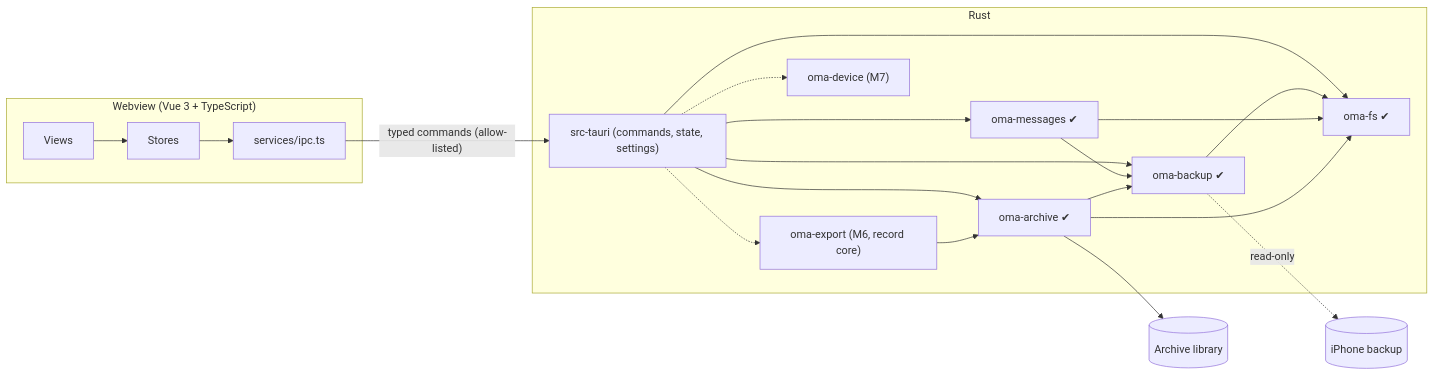
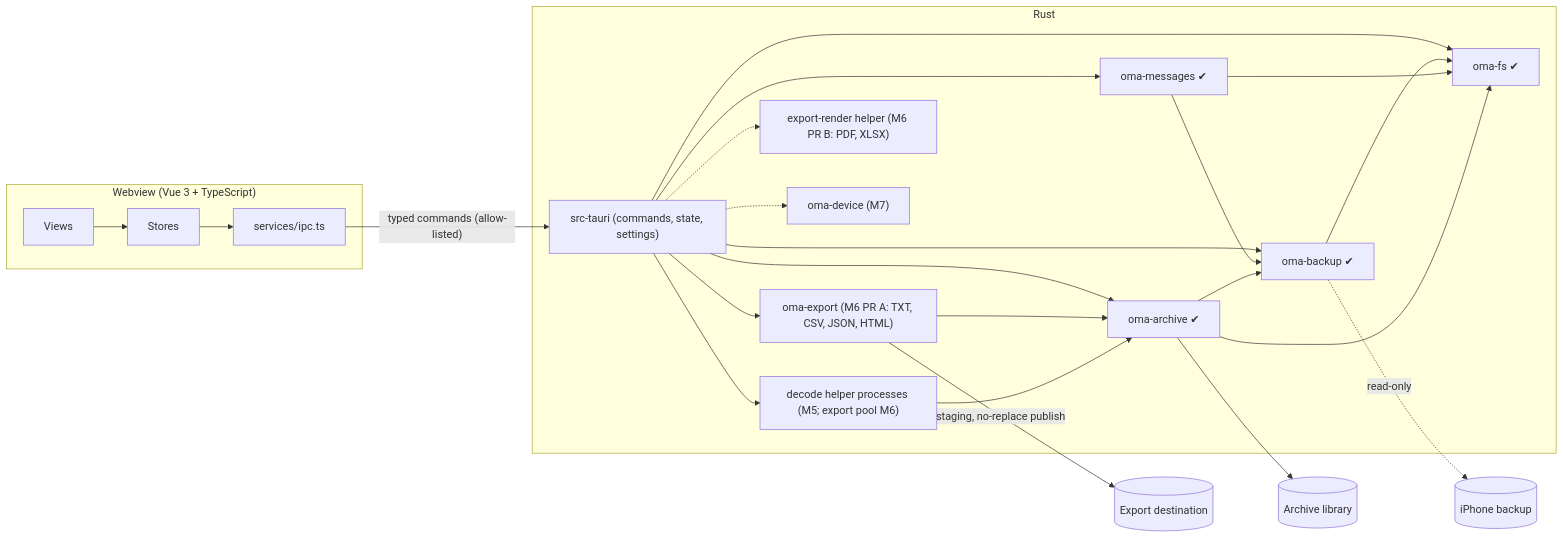
One commit to VibeForge-Systems/From_the_Forge changed the diagram in Apps/openmessage-archive/docs/architecture.md. Above: the diagram before and after it, drawn with Mermaid. The commit also changed other lines of this file and 37 other files, not shown here.

First line of the commit message:
feat(openmessage-archive): export destinations, preview helper pool and docs

````diff
--- a/Apps/openmessage-archive/docs/architecture.md
+++ b/Apps/openmessage-archive/docs/architecture.md
@@ -50,24 +50,28 @@
 ```mermaid
 flowchart LR
   subgraph Webview["Webview (Vue 3 + TypeScript)"]
     Views --> Stores --> IPC["services/ipc.ts"]
   end
   IPC -- "typed commands (allow-listed)" --> Shell
   subgraph Rust
     Shell["src-tauri (commands, state, settings)"]
     Shell --> FS["oma-fs ✔"]
     Shell --> Backup["oma-backup ✔"]
     Shell --> Messages["oma-messages ✔"]
     Shell --> Archive["oma-archive ✔"]
-    Shell -.-> Export["oma-export (M6, record core)"]
+    Shell --> Export["oma-export (M6 PR A: TXT, CSV, JSON, HTML)"]
+    Shell --> Decode["decode helper processes (M5; export pool M6)"]
+    Shell -.-> Render["export-render helper (M6 PR B: PDF, XLSX)"]
     Shell -.-> Device["oma-device (M7)"]
     Backup --> FS
     Messages --> Backup
     Messages --> FS
     Archive --> FS
     Archive --> Backup
     Export --> Archive
+    Decode --> Archive
   end
+  Export -- "staging, no-replace publish" --> OUT[("Export destination")]
   Backup -. read-only .-> SRC[("iPhone backup")]
   Archive --> LIB[("Archive library")]
 ```
````
